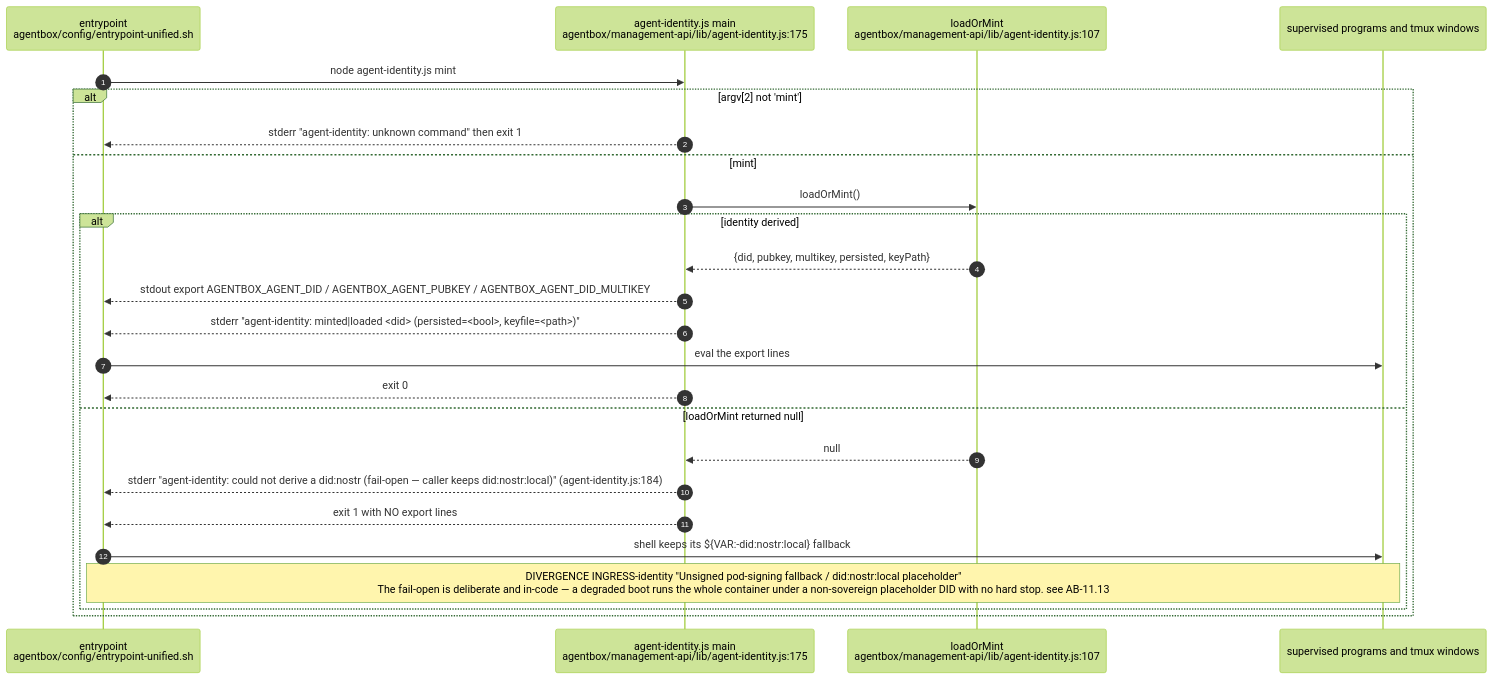
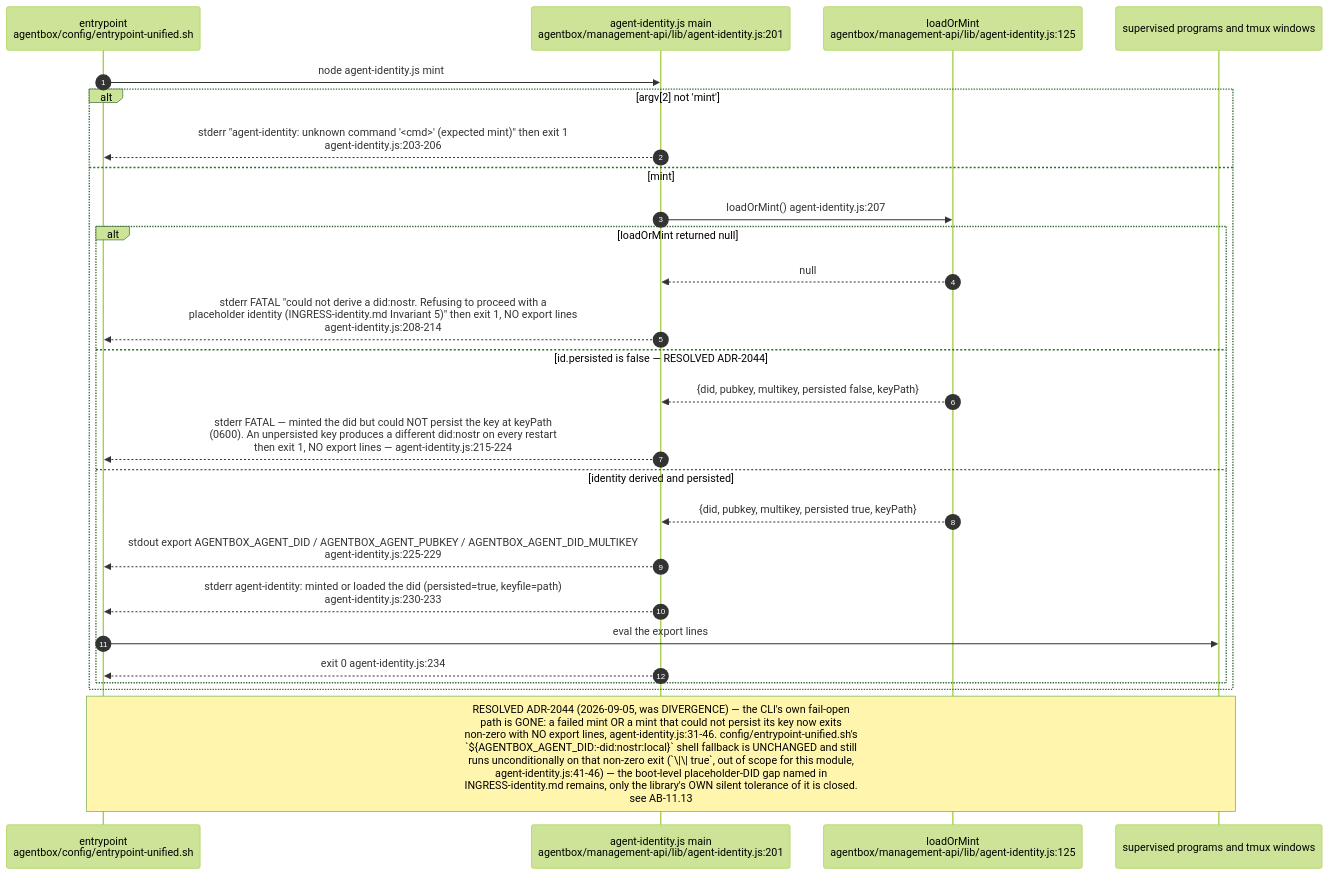
One commit to DreamLab-AI/VisionFlow changed the third of 16 diagrams in docs/diagrams/agentbox/11-identity-did-mandate-authority.md. Above: the diagram before and after it, drawn with Mermaid (forest theme). The commit also changed other lines of this file and 185 other files, not shown here.

Commit message:
docs(estate): reconcile diagrams and ADRs with source and define closeout sprint

````diff
--- a/docs/diagrams/agentbox/11-identity-did-mandate-authority.md
+++ b/docs/diagrams/agentbox/11-identity-did-mandate-authority.md
@@ -146,28 +147,29 @@
 ```mermaid
 sequenceDiagram
     autonumber
     participant EP as entrypoint<br/>agentbox/config/entrypoint-unified.sh
-    participant CLI as agent-identity.js main<br/>agentbox/management-api/lib/agent-identity.js:175
-    participant LM as loadOrMint<br/>agentbox/management-api/lib/agent-identity.js:107
+    participant CLI as agent-identity.js main<br/>agentbox/management-api/lib/agent-identity.js:201
+    participant LM as loadOrMint<br/>agentbox/management-api/lib/agent-identity.js:125
     participant SHELL as supervised programs and tmux windows
 
     EP->>CLI: node agent-identity.js mint
     alt argv[2] not 'mint'
-        CLI-->>EP: stderr "agent-identity: unknown command" then exit 1
+        CLI-->>EP: stderr "agent-identity: unknown command '<cmd>' (expected mint)" then exit 1<br/>agent-identity.js:203-206
     else mint
-        CLI->>LM: loadOrMint()
-        alt identity derived
-            LM-->>CLI: {did, pubkey, multikey, persisted, keyPath}
-            CLI-->>EP: stdout export AGENTBOX_AGENT_DID / AGENTBOX_AGENT_PUBKEY / AGENTBOX_AGENT_DID_MULTIKEY
-            CLI-->>EP: stderr "agent-identity: minted|loaded <did> (persisted=<bool>, keyfile=<path>)"
+        CLI->>LM: loadOrMint() agent-identity.js:207
+        alt loadOrMint returned null
+            LM-->>CLI: null
+            CLI-->>EP: stderr FATAL "could not derive a did:nostr. Refusing to proceed with a<br/>placeholder identity (INGRESS-identity.md Invariant 5)" then exit 1, NO export lines<br/>agent-identity.js:208-214
+        else id.persisted is false — RESOLVED ADR-2044
+            LM-->>CLI: {did, pubkey, multikey, persisted false, keyPath}
+            CLI-->>EP: stderr FATAL — minted the did but could NOT persist the key at keyPath<br/>(0600). An unpersisted key produces a different did:nostr on every restart<br/>then exit 1, NO export lines — agent-identity.js:215-224
+        else identity derived and persisted
+            LM-->>CLI: {did, pubkey, multikey, persisted true, keyPath}
+            CLI-->>EP: stdout export AGENTBOX_AGENT_DID / AGENTBOX_AGENT_PUBKEY / AGENTBOX_AGENT_DID_MULTIKEY<br/>agent-identity.js:225-229
+            CLI-->>EP: stderr agent-identity: minted or loaded the did (persisted=true, keyfile=path)<br/>agent-identity.js:230-233
             EP->>SHELL: eval the export lines
-            CLI-->>EP: exit 0
-        else loadOrMint returned null
-            LM-->>CLI: null
-            CLI-->>EP: stderr "agent-identity: could not derive a did:nostr (fail-open — caller keeps did:nostr:local)" (agent-identity.js:184)
-            CLI-->>EP: exit 1 with NO export lines
-            EP->>SHELL: shell keeps its ${VAR:-did:nostr:local} fallback
-            Note over EP,SHELL: DIVERGENCE INGRESS-identity "Unsigned pod-signing fallback / did:nostr:local placeholder"<br/>The fail-open is deliberate and in-code — a degraded boot runs the whole container under a non-sovereign placeholder DID with no hard stop. see AB-11.13
+            CLI-->>EP: exit 0 agent-identity.js:234
         end
     end
+    Note over EP,SHELL: RESOLVED ADR-2044 (2026-09-05, was DIVERGENCE) — the CLI's own fail-open<br/>path is GONE: a failed mint OR a mint that could not persist its key now exits<br/>non-zero with NO export lines, agent-identity.js:31-46. config/entrypoint-unified.sh's<br/>`${AGENTBOX_AGENT_DID:-did:nostr:local}` shell fallback is UNCHANGED and still<br/>runs unconditionally on that non-zero exit (`\|\| true`, out of scope for this module,<br/>agent-identity.js:41-46) — the boot-level placeholder-DID gap named in<br/>INGRESS-identity.md remains, only the library's OWN silent tolerance of it is closed.<br/>see AB-11.13
 ```
````
